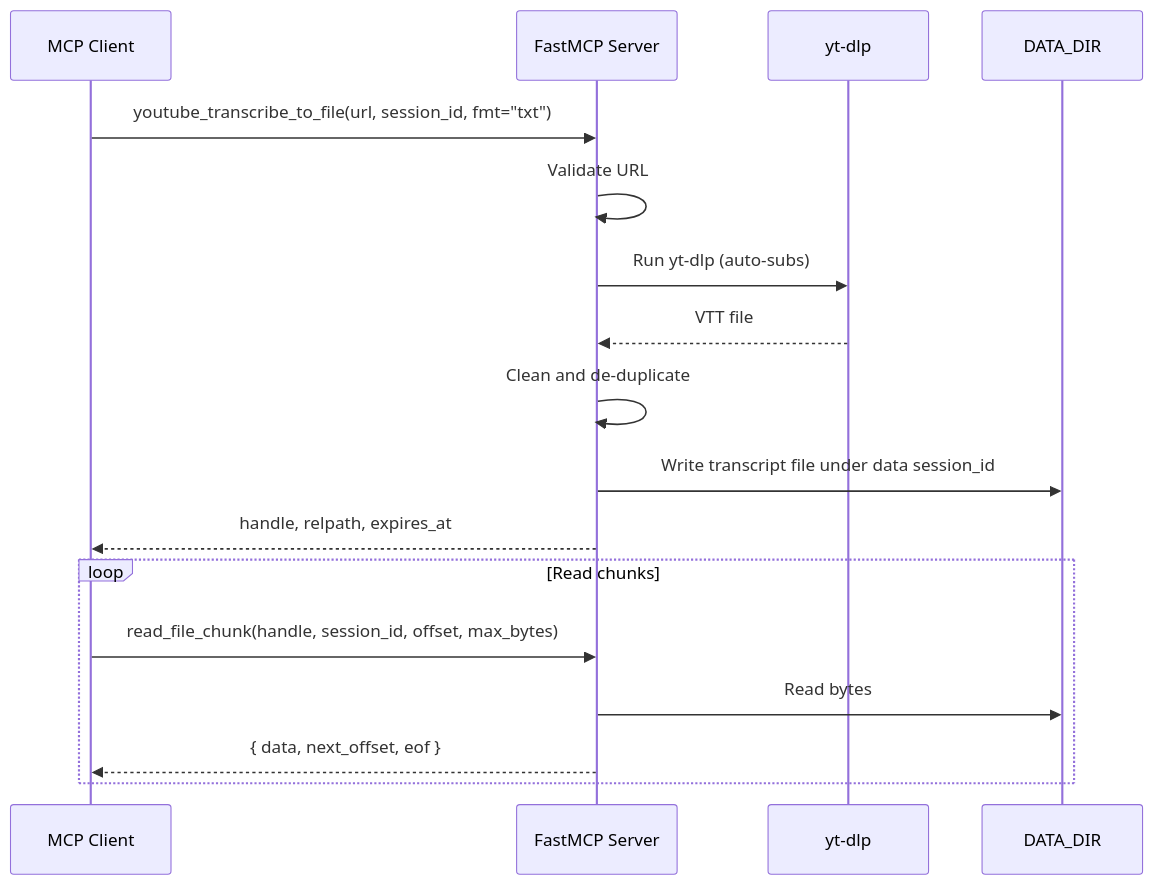
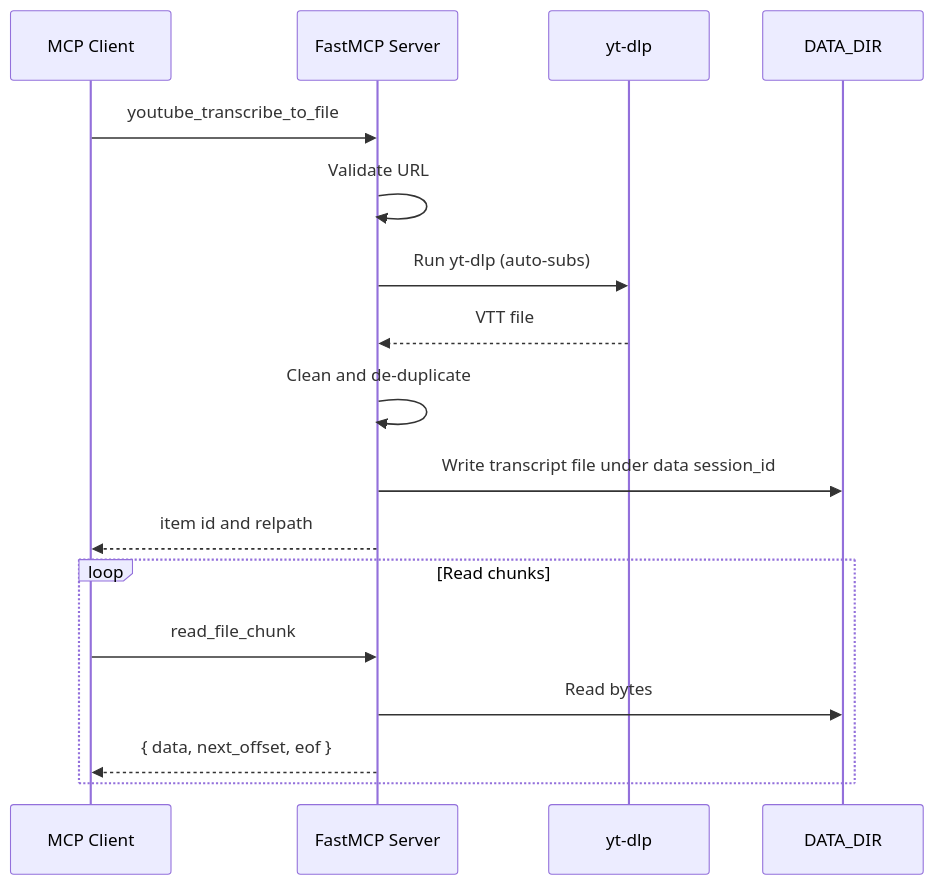
Before and after one commit to rroos64/youtube_transcribe_mcp_server: the third of 3 diagrams in README.md, drawn with Mermaid. The commit also changed other lines of this file and 1 other file, not shown here.

First line of the commit message:
fix: parameterize resources and enforce session scoping

````diff
--- a/README.md
+++ b/README.md
@@ -550,21 +664,21 @@
 ```mermaid
 sequenceDiagram
   participant C as MCP Client
   participant S as FastMCP Server
   participant Y as yt-dlp
   participant FS as DATA_DIR
 
-  C->>S: youtube_transcribe_to_file(url, session_id, fmt="txt")
+  C->>S: youtube_transcribe_to_file
   S->>S: Validate URL
   S->>Y: Run yt-dlp (auto-subs)
   Y-->>S: VTT file
   S->>S: Clean and de-duplicate
   S->>FS: Write transcript file under data session_id
-  S-->>C: handle, relpath, expires_at
+  S-->>C: item id and relpath
 
   loop Read chunks
-    C->>S: read_file_chunk(handle, session_id, offset, max_bytes)
+    C->>S: read_file_chunk
     S->>FS: Read bytes
     S-->>C: { data, next_offset, eof }
   end
 ```
````
